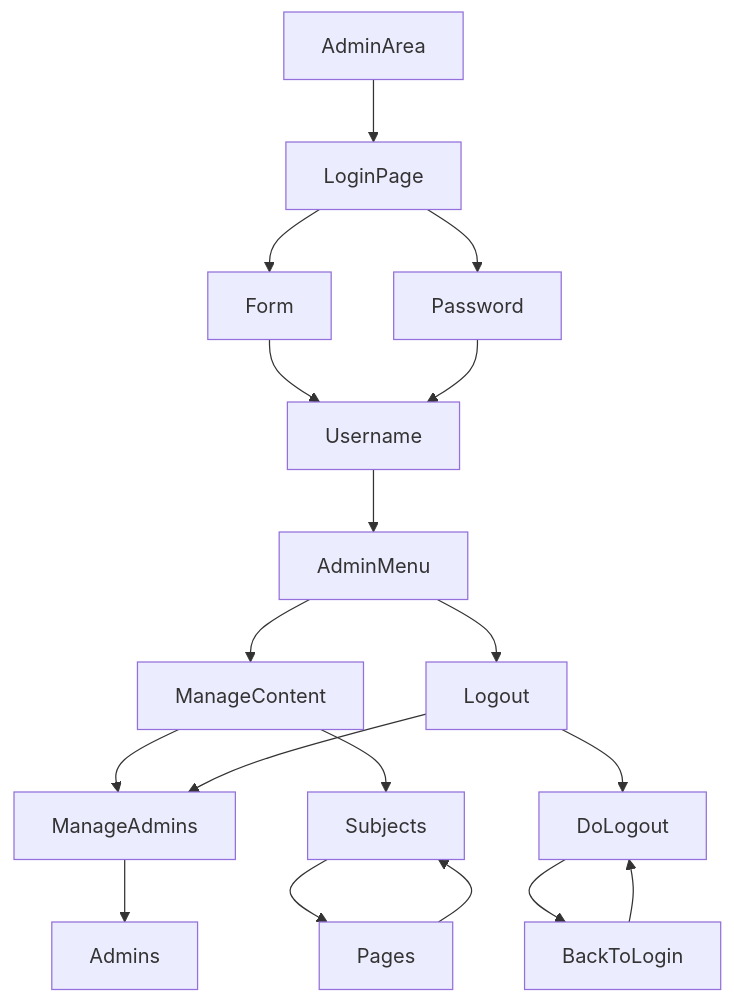
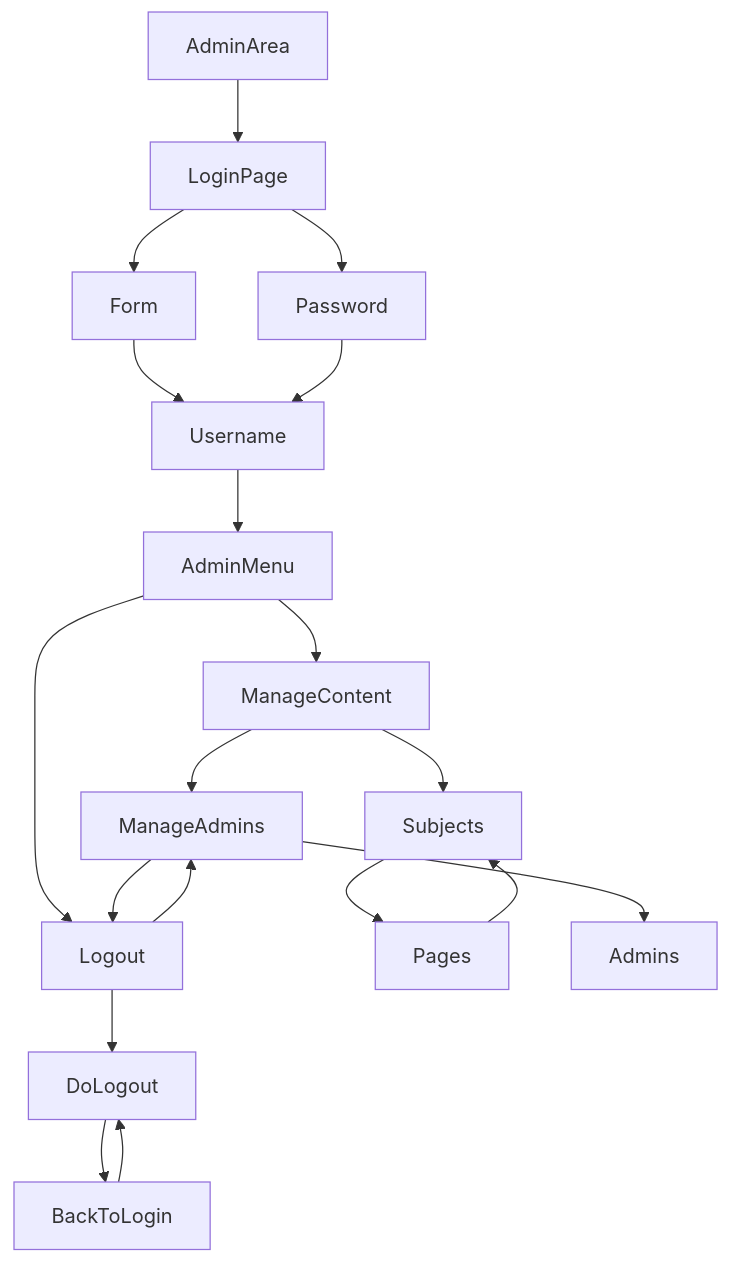
The second of 3 diagrams in README.md (HeidiJay/Content-Management-System), drawn with Mermaid before and after one commit.

Commit message:
readme test 1.8 whole mapping

````diff
--- a/README.md
+++ b/README.md
@@ -9,20 +9,21 @@
 ```mermaid
 graph TD;
     AdminArea-->LoginPage;
     LoginPage-->Form;
     LoginPage-->Password;
     Form-->Username;
     Password-->Username;
     Username-->AdminMenu;
     AdminMenu-->ManageContent;
     AdminMenu-->Logout;
     ManageContent-->ManageAdmins;
     Logout-->ManageAdmins;
+    ManageAdmins-->Logout;
     ManageContent-->Subjects;
     Subjects-->Pages;
     Pages-->Subjects;
     ManageAdmins-->Admins;
     Logout-->DoLogout;
     DoLogout-->BackToLogin;
     BackToLogin-->DoLogout;
 ```
````
